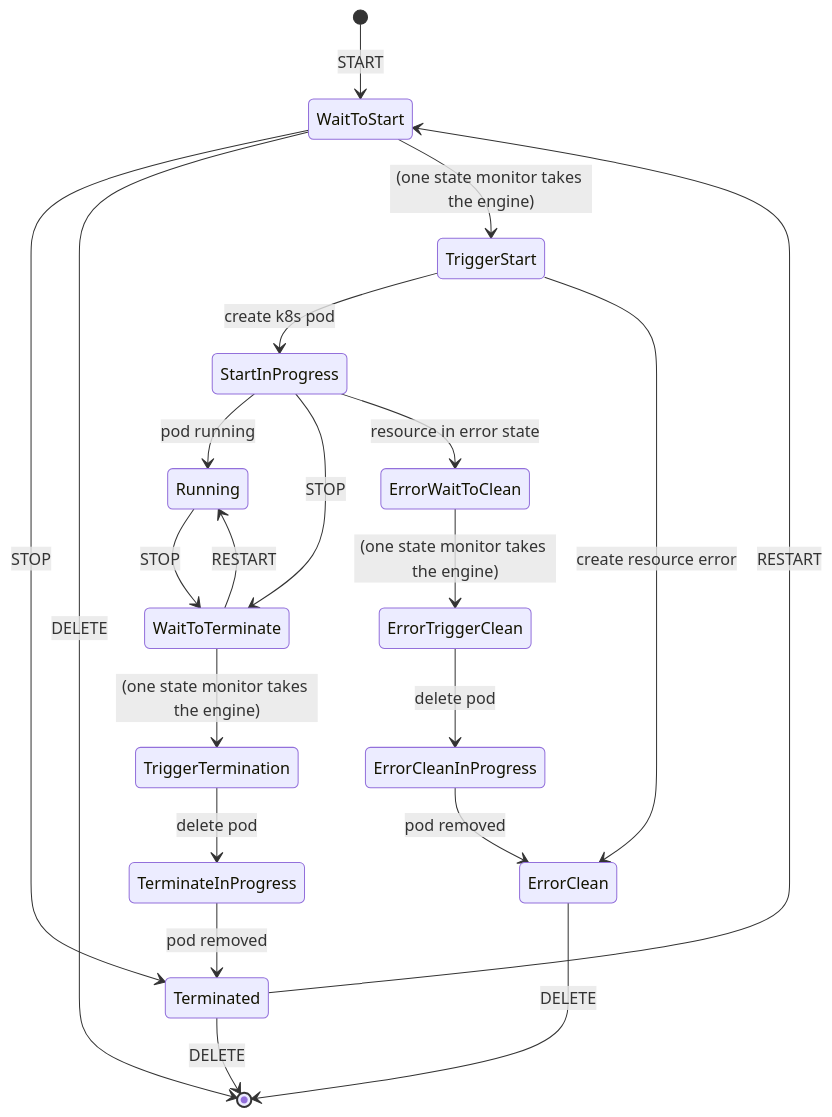
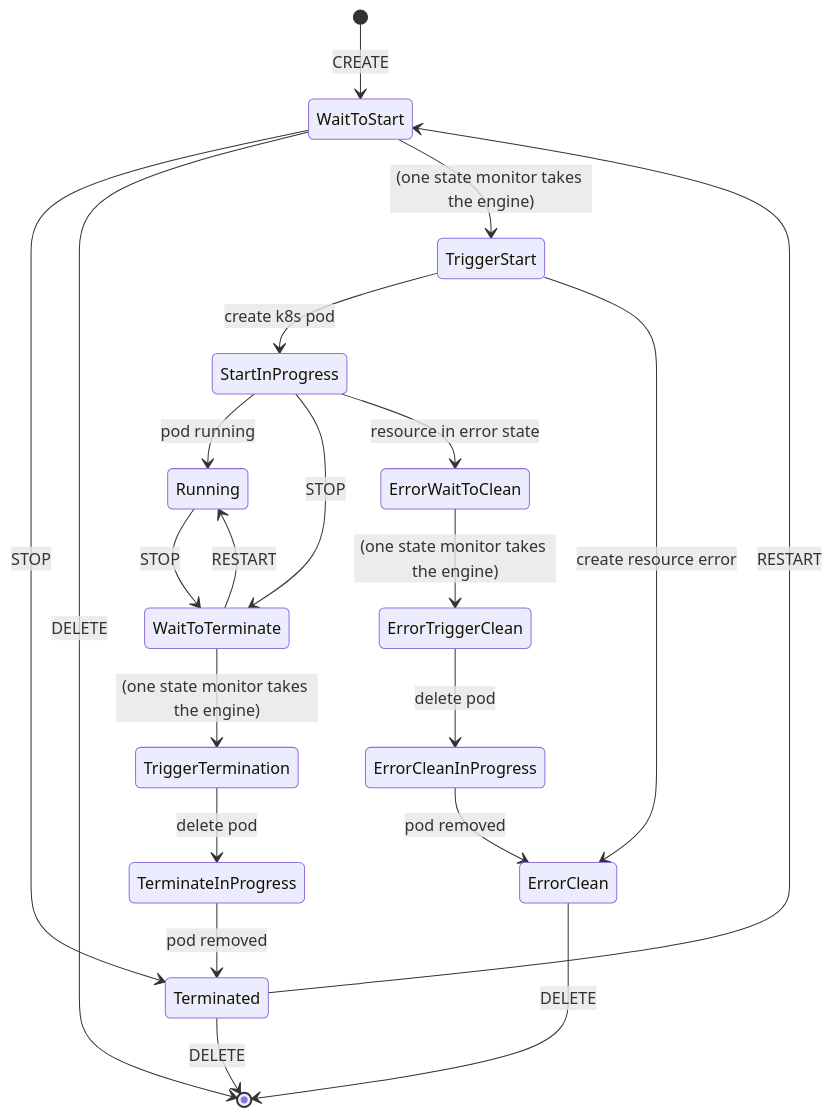
One commit to HaoYang670/rucat changed the second of 2 diagrams in README.md. Above: the diagram before and after it, drawn with Mermaid. The commit also changed other lines of this file and 6 other files, not shown here.

````diff
--- a/README.md
+++ b/README.md
@@ -34,32 +34,32 @@
 ```mermaid
 stateDiagram
 
-    [*] --> WaitToStart: START
+    [*] --> WaitToStart: CREATE
     WaitToStart --> Terminated: STOP
     WaitToStart --> [*]: DELETE
     WaitToStart --> TriggerStart: (one state monitor takes the engine)
 
     TriggerStart --> StartInProgress: create k8s pod
     TriggerStart --> ErrorClean: create resource error
 
     StartInProgress --> Running: pod running
     StartInProgress --> WaitToTerminate: STOP
     StartInProgress --> ErrorWaitToClean: resource in error state
 
     Running --> WaitToTerminate: STOP
 
     WaitToTerminate --> Running: RESTART
     WaitToTerminate --> TriggerTermination: (one state monitor takes the engine)
 
     TriggerTermination --> TerminateInProgress: delete pod
 
     TerminateInProgress --> Terminated: pod removed
 
     Terminated --> WaitToStart: RESTART
     Terminated --> [*]: DELETE
 
     ErrorWaitToClean --> ErrorTriggerClean: (one state monitor takes the engine)
     ErrorTriggerClean --> ErrorCleanInProgress: delete pod
     ErrorCleanInProgress --> ErrorClean: pod removed
     ErrorClean --> [*]: DELETE
 ```
````
